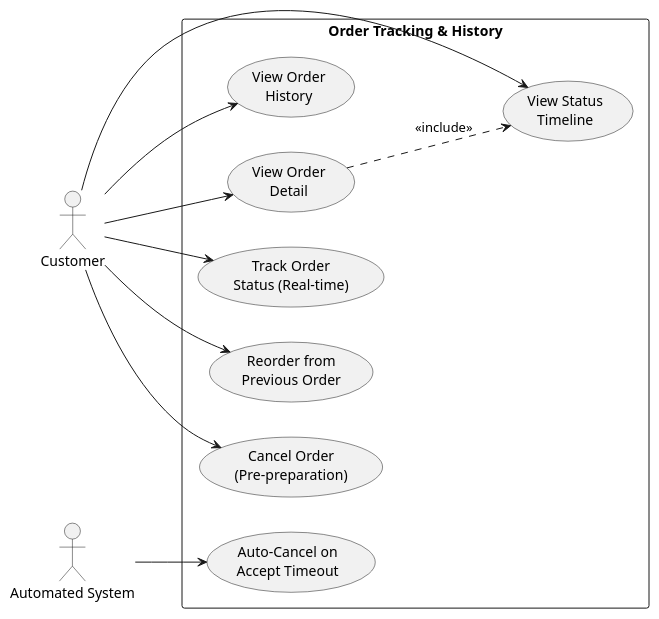
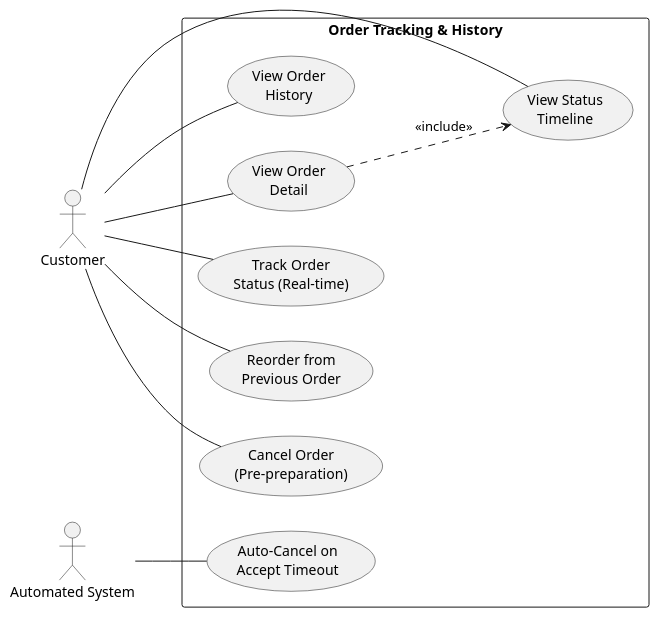
Before and after one commit to luubinhdeptrai/Food_Delivery: the sixth of 13 diagrams in apps/api/docs/Final_Documents/USE_CASE_SPECIFICATION.md, drawn with PlantUML. The commit also changed other lines of this file, not shown here.

````diff
--- a/apps/api/docs/Final_Documents/USE_CASE_SPECIFICATION.md
+++ b/apps/api/docs/Final_Documents/USE_CASE_SPECIFICATION.md
@@ -388,30 +388,30 @@
 ```plantuml
 @startuml OrderDiagram
 left to right direction
 skinparam shadowing false
 
 actor "Customer" as Customer
 actor "Automated System" as SystemActor
 
 rectangle "Order Tracking & History" {
   usecase "View Order\nHistory" as UC_ORD_01
   usecase "View Order\nDetail" as UC_ORD_02
   usecase "Track Order\nStatus (Real-time)" as UC_ORD_03
   usecase "View Status\nTimeline" as UC_ORD_04
   usecase "Reorder from\nPrevious Order" as UC_ORD_05
   usecase "Cancel Order\n(Pre-preparation)" as UC_ORD_06
   usecase "Auto-Cancel on\nAccept Timeout" as UC_ORD_07
 }
 
-Customer --> UC_ORD_01
-Customer --> UC_ORD_02
-Customer --> UC_ORD_03
-Customer --> UC_ORD_04
-Customer --> UC_ORD_05
-Customer --> UC_ORD_06
+Customer -- UC_ORD_01
+Customer -- UC_ORD_02
+Customer -- UC_ORD_03
+Customer -- UC_ORD_04
+Customer -- UC_ORD_05
+Customer -- UC_ORD_06
 
-SystemActor --> UC_ORD_07
+SystemActor -- UC_ORD_07
 
 UC_ORD_02 ..> UC_ORD_04 : <<include>>
 @enduml
 ```
````
